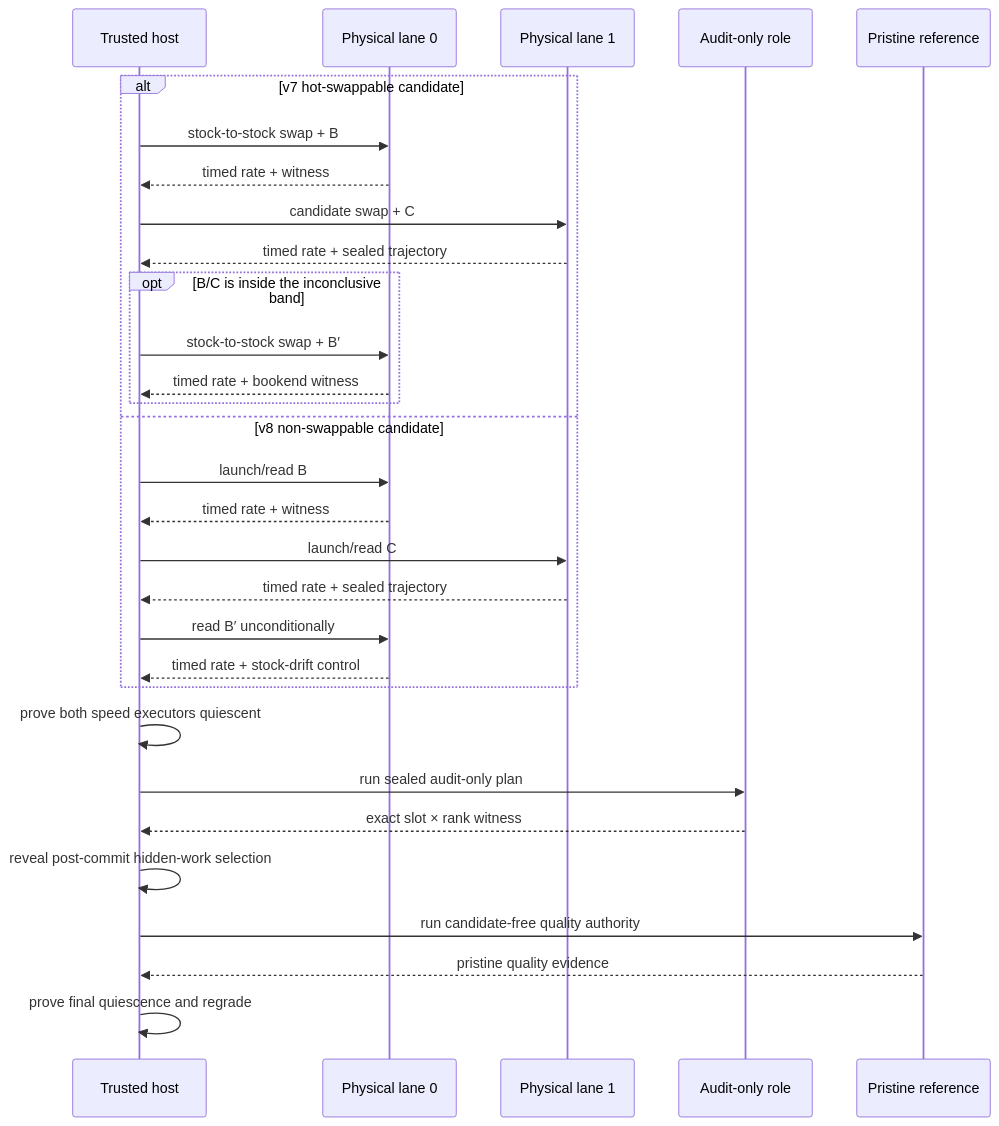
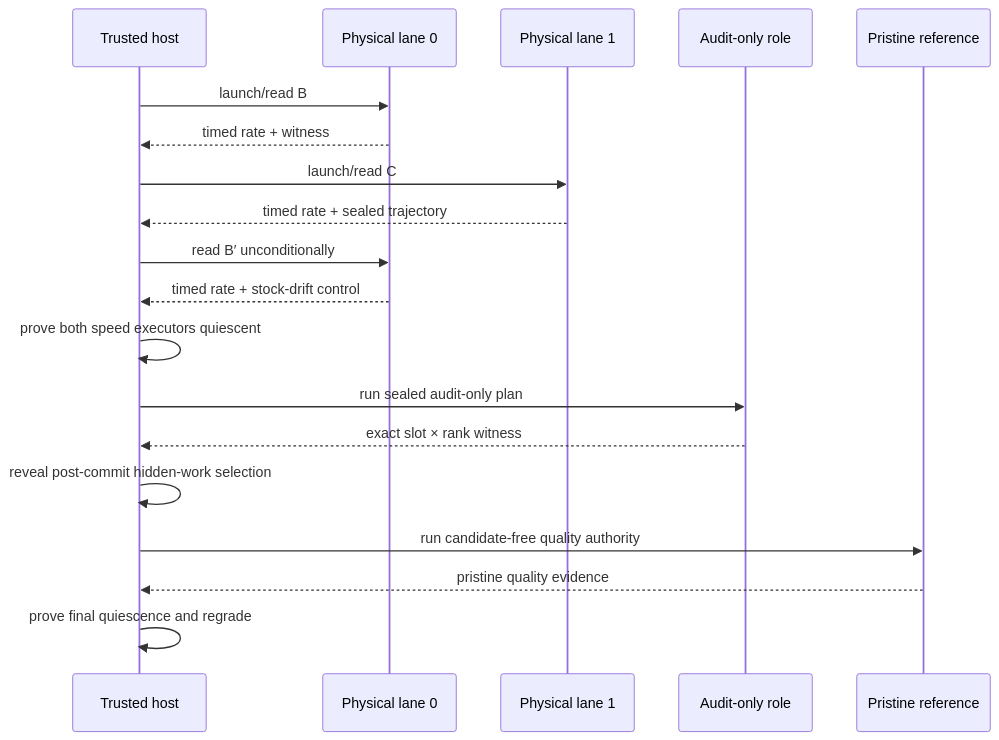
The diagram in docs/validator-guide/qualification.md (latent-to/cacheon), drawn with Mermaid before and after one commit. The commit also changed other lines of this file and 433 other files, not shown here.

````diff
--- a/docs/validator-guide/qualification.md
+++ b/docs/validator-guide/qualification.md
@@ -98,32 +103,21 @@
 ```mermaid
 sequenceDiagram
     participant H as Trusted host
     participant L0 as Physical lane 0
     participant L1 as Physical lane 1
     participant A as Audit-only role
     participant T as Pristine reference
-    alt v7 hot-swappable candidate
-        H->>L0: stock-to-stock swap + B
-        L0-->>H: timed rate + witness
-        H->>L1: candidate swap + C
-        L1-->>H: timed rate + sealed trajectory
-        opt B/C is inside the inconclusive band
-            H->>L0: stock-to-stock swap + B′
-            L0-->>H: timed rate + bookend witness
-        end
-    else v8 non-swappable candidate
-        H->>L0: launch/read B
-        L0-->>H: timed rate + witness
-        H->>L1: launch/read C
-        L1-->>H: timed rate + sealed trajectory
-        H->>L0: read B′ unconditionally
-        L0-->>H: timed rate + stock-drift control
-    end
+    H->>L0: launch/read B
+    L0-->>H: timed rate + witness
+    H->>L1: launch/read C
+    L1-->>H: timed rate + sealed trajectory
+    H->>L0: read B′ unconditionally
+    L0-->>H: timed rate + stock-drift control
     H->>H: prove both speed executors quiescent
     H->>A: run sealed audit-only plan
     A-->>H: exact slot × rank witness
     H->>H: reveal post-commit hidden-work selection
     H->>T: run candidate-free quality authority
     T-->>H: pristine quality evidence
     H->>H: prove final quiescence and regrade
 ```
````
